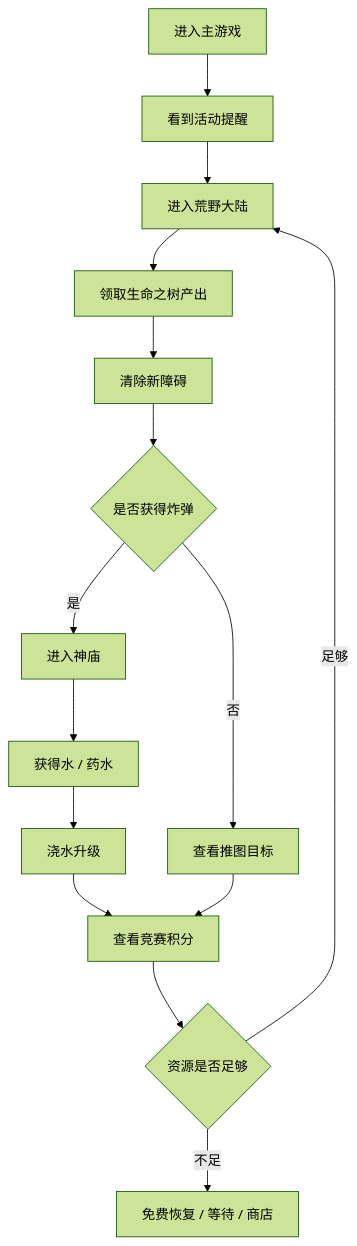
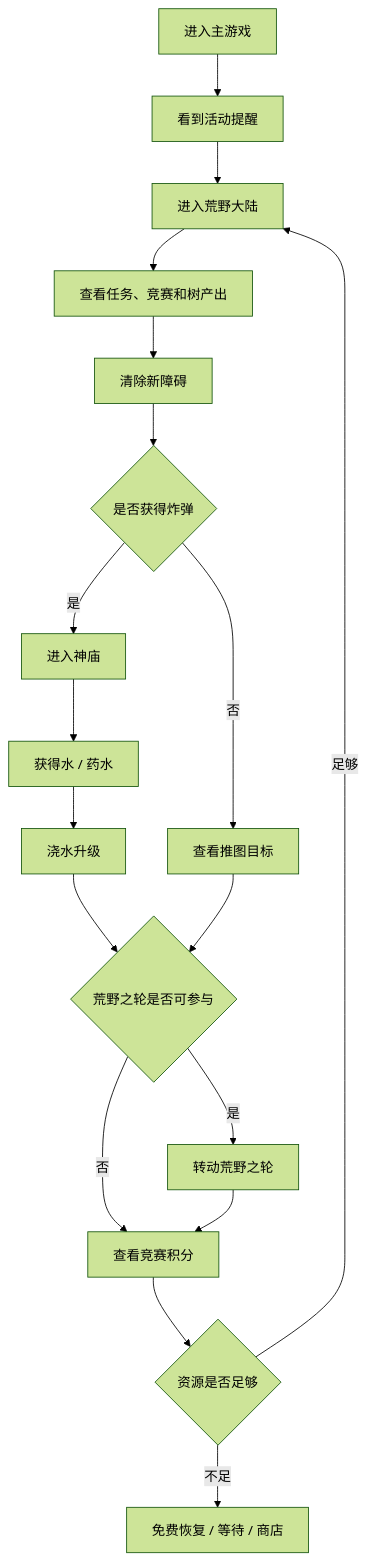
One commit to fantasticdzw/Coin-Master-Teardown changed the sixth of 8 diagrams in wildland-adventure-report.md. Above: the diagram before and after it, drawn with Mermaid (forest theme). The commit also changed other lines of this file and 3 other files, not shown here.

````diff
--- a/wildland-adventure-report.md
+++ b/wildland-adventure-report.md
@@ -383,17 +431,20 @@
 ```mermaid
 flowchart TD
     A[进入主游戏] --> B[看到活动提醒]
     B --> C[进入荒野大陆]
-    C --> D[领取生命之树产出]
+    C --> D[查看任务、竞赛和树产出]
     D --> E[清除新障碍]
     E --> F{是否获得炸弹}
     F -->|是| G[进入神庙]
     F -->|否| H[查看推图目标]
     G --> I[获得水 / 药水]
     I --> J[浇水升级]
-    J --> K[查看竞赛积分]
+    J --> K{荒野之轮是否可参与}
+    K -->|是| WH[转动荒野之轮]
+    K -->|否| RC[查看竞赛积分]
+    WH --> RC
     H --> K
-    K --> L{资源是否足够}
+    RC --> L{资源是否足够}
     L -->|足够| C
     L -->|不足| M[免费恢复 / 等待 / 商店]
 ```
````
